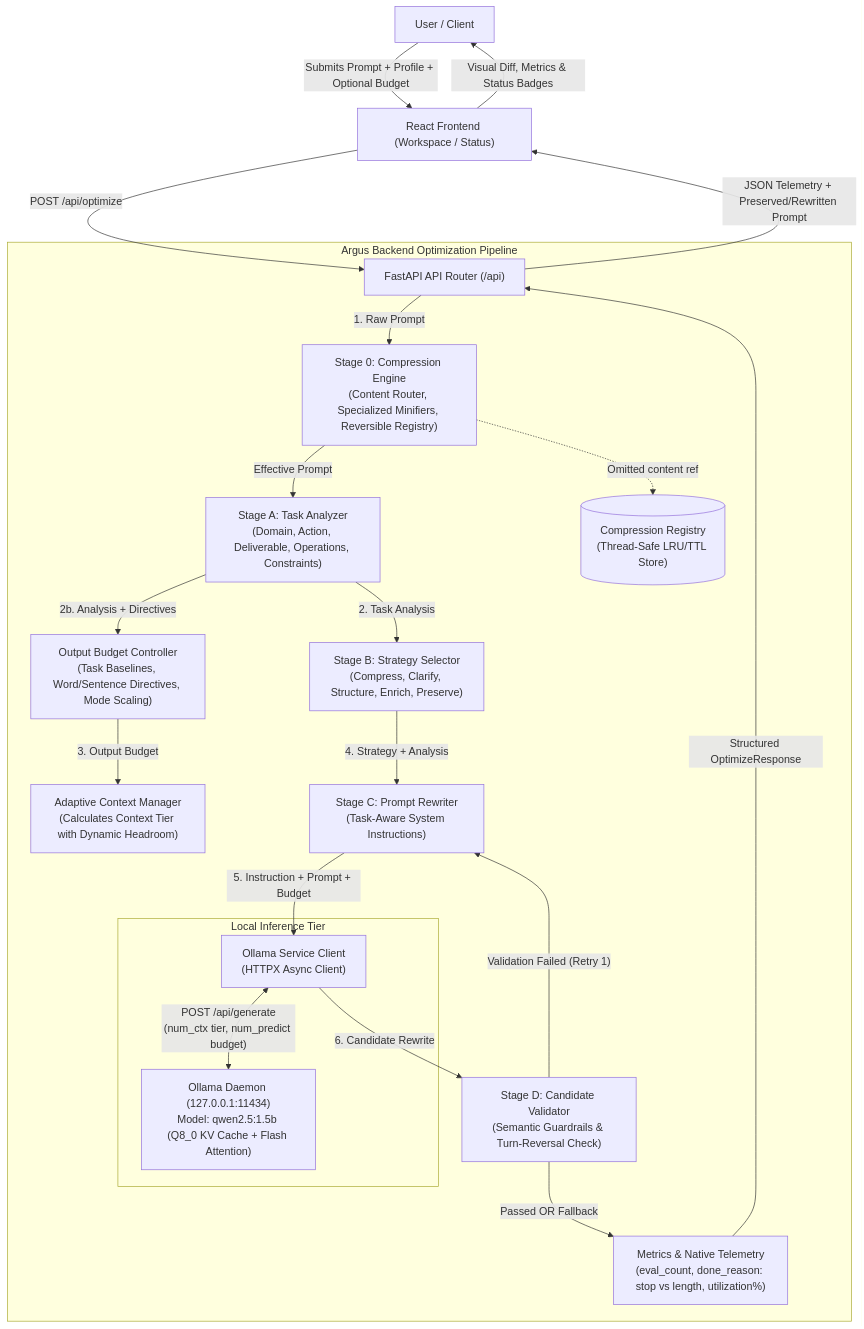
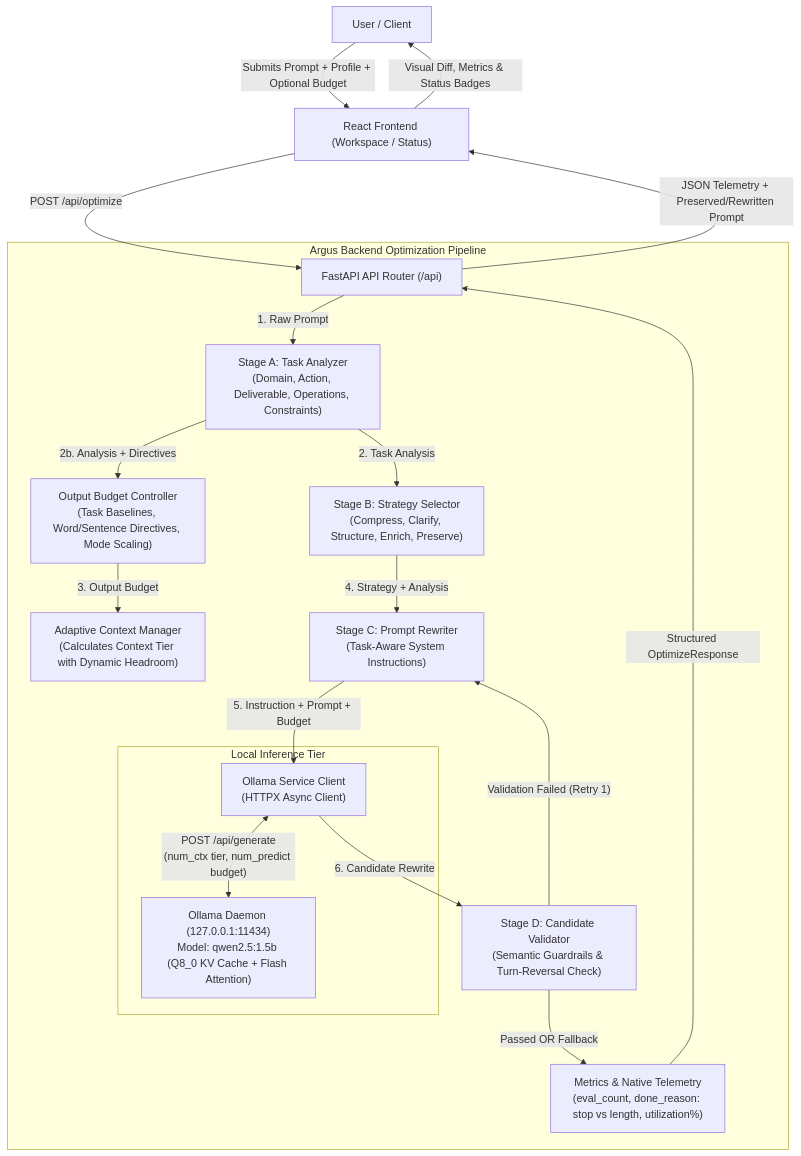
Before and after one commit to MK-KOUSHIK/argus: the first of 2 diagrams in docs/architecture.md, drawn with Mermaid. The commit also changed other lines of this file and 26 other files, not shown here.

Commit message:
Revert "feat(compression): Phase 4.2 — Independent Content-Aware Compression Engine"

````diff
--- a/docs/architecture.md
+++ b/docs/architecture.md
@@ -17,59 +9,28 @@
 ```mermaid
-
 graph TD
-
     User["User / Client"] -->|"Submits Prompt + Profile + Optional Budget"| ReactApp["React Frontend (Workspace / Status)"]
-
     ReactApp -->|"POST /api/optimize"| APIRouter["FastAPI API Router (/api)"]
 
-
-
     subgraph BackendPipeline["Argus Backend Optimization Pipeline"]
-
-        APIRouter -->|"1. Raw Prompt"| Stage0["Stage 0: Compression Engine<br/>(Content Router, Specialized Minifiers, Reversible Registry)"]
-
-        Stage0 -->|"Effective Prompt"| TaskAnalyzer["Stage A: Task Analyzer<br/>(Domain, Action, Deliverable, Operations, Constraints)"]
-
-        Stage0 -.->|"Omitted content ref"| RegistryStore[("Compression Registry<br/>(Thread-Safe LRU/TTL Store)")]
-
+        APIRouter -->|"1. Raw Prompt"| TaskAnalyzer["Stage A: Task Analyzer<br/>(Domain, Action, Deliverable, Operations, Constraints)"]
         TaskAnalyzer -->|"2. Task Analysis"| StrategySelector["Stage B: Strategy Selector<br/>(Compress, Clarify, Structure, Enrich, Preserve)"]
-
         TaskAnalyzer -->|"2b. Analysis + Directives"| OutputBudget["Output Budget Controller<br/>(Task Baselines, Word/Sentence Directives, Mode Scaling)"]
-
         
-
         OutputBudget -->|"3. Output Budget"| AdaptiveContext["Adaptive Context Manager<br/>(Calculates Context Tier with Dynamic Headroom)"]
-
         StrategySelector -->|"4. Strategy + Analysis"| PromptRewriter["Stage C: Prompt Rewriter<br/>(Task-Aware System Instructions)"]
-
         PromptRewriter -->|"5. Instruction + Prompt + Budget"| OllamaService["Ollama Service Client<br/>(HTTPX Async Client)"]
-
         
-
         subgraph LocalInference["Local Inference Tier"]
-
             OllamaService <-->|"POST /api/generate<br/>(num_ctx tier, num_predict budget)"| OllamaServer["Ollama Daemon (127.0.0.1:11434)<br/>Model: qwen2.5:1.5b (Q8_0 KV Cache + Flash Attention)"]
-
         end
 
-
-
         OllamaService -->|"6. Candidate Rewrite"| CandidateValidator["Stage D: Candidate Validator<br/>(Semantic Guardrails & Turn-Reversal Check)"]
-
         
-
         CandidateValidator -->|"Validation Failed (Retry 1)"| PromptRewriter
-
         CandidateValidator -->|"Passed OR Fallback"| MetricsEngine["Metrics & Native Telemetry<br/>(eval_count, done_reason: stop vs length, utilization%)"]
-
     end
 
-
-
     MetricsEngine -->|"Structured OptimizeResponse"| APIRouter
-
     APIRouter -->|"JSON Telemetry + Preserved/Rewritten Prompt"| ReactApp
-
     ReactApp -->|"Visual Diff, Metrics & Status Badges"| User
-
 ```
````
